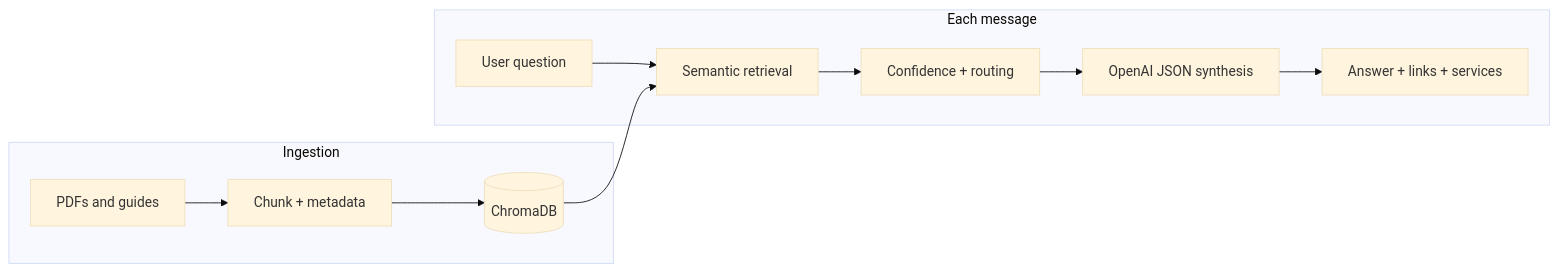
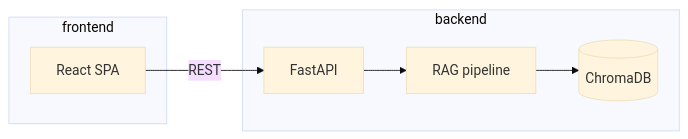
The diagram in README.md (sherwin-casem/travel_chatbot), drawn with Mermaid (base theme) before and after one commit. The commit also changed other lines of this file and 42 other files, not shown here.

Commit message:
fix: separate frontend & backend

````diff
--- a/README.md
+++ b/README.md
@@ -13,14 +63,14 @@
 ```mermaid
 flowchart LR
-  subgraph ingest [Ingestion]
-    PDF[PDFs and guides] --> Chunk[Chunk + metadata]
-    Chunk --> Chroma[(ChromaDB)]
+  subgraph fe [frontend]
+    UI[React SPA]
   end
-  subgraph runtime [Each message]
-    Q[User question] --> Ret[Semantic retrieval]
-    Chroma --> Ret
-    Ret --> Guard[Confidence + routing]
-    Guard --> LLM[OpenAI JSON synthesis]
-    LLM --> Out[Answer + links + services]
+  subgraph be [backend]
+    API[FastAPI]
+    RAG[RAG pipeline]
+    Chroma[(ChromaDB)]
   end
+  UI -->|REST| API
+  API --> RAG
+  RAG --> Chroma
 ```
````
